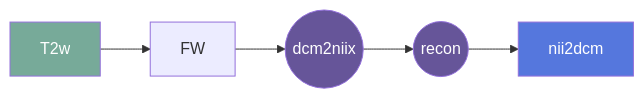
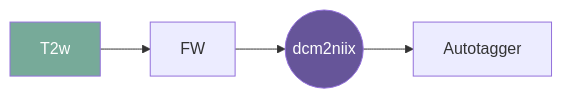
The diagram in README.md (Nialljb/fw-autotagger), drawn with Mermaid before and after one commit. The commit also changed other lines of this file, not shown here.

````diff
--- a/README.md
+++ b/README.md
@@ -94,12 +95,11 @@
 ```mermaid
   graph LR;
     A[T2w]:::input --> FW;
     FW[FW] --> D2N;
-    D2N((dcm2niix)):::gear --> CISO;
-    CISO((recon)):::gear --> N2D;
-    N2D[nii2dcm]:::container;
+    D2N((dcm2niix)):::gear --> Autotagger;
+   
     
     classDef container fill:#57d,color:#fff
     classDef input fill:#7a9,color:#fff
     classDef gear fill:#659,color:#fff
 ```
````
